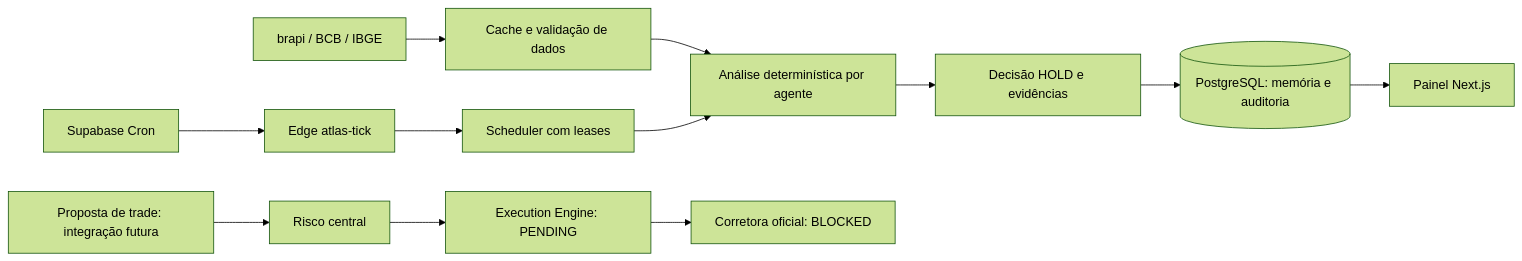
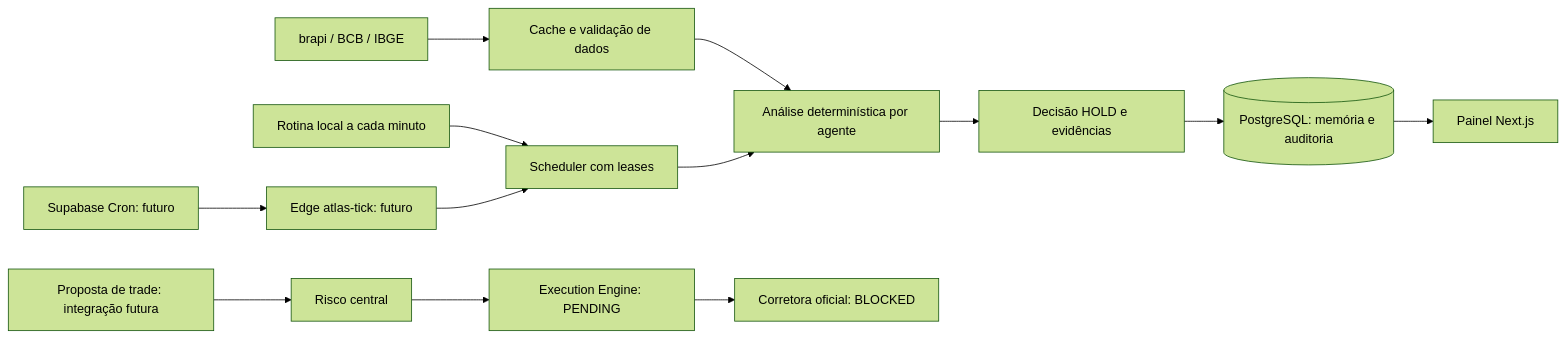
One commit to BrenoSilveiraLeal/A.T.L.A.S changed the diagram in README.md. Above: the diagram before and after it, drawn with Mermaid (forest theme). The commit also changed other lines of this file and 5 other files, not shown here.

````diff
--- a/README.md
+++ b/README.md
@@ -11,14 +11,15 @@
 ```mermaid
 flowchart LR
   D[brapi / BCB / IBGE] --> C[Cache e validação de dados]
   C --> A[Análise determinística por agente]
   A --> P[Decisão HOLD e evidências]
   P --> DB[(PostgreSQL: memória e auditoria)]
   DB --> UI[Painel Next.js]
-  CR[Supabase Cron] --> E[Edge atlas-tick]
+  L[Rotina local a cada minuto] --> J[Scheduler com leases]
+  CR[Supabase Cron: futuro] --> E[Edge atlas-tick: futuro]
   E --> J[Scheduler com leases]
   J --> A
   F[Proposta de trade: integração futura] --> R[Risco central]
   R --> X[Execution Engine: PENDING]
   X --> B[Corretora oficial: BLOCKED]
 ```
````
